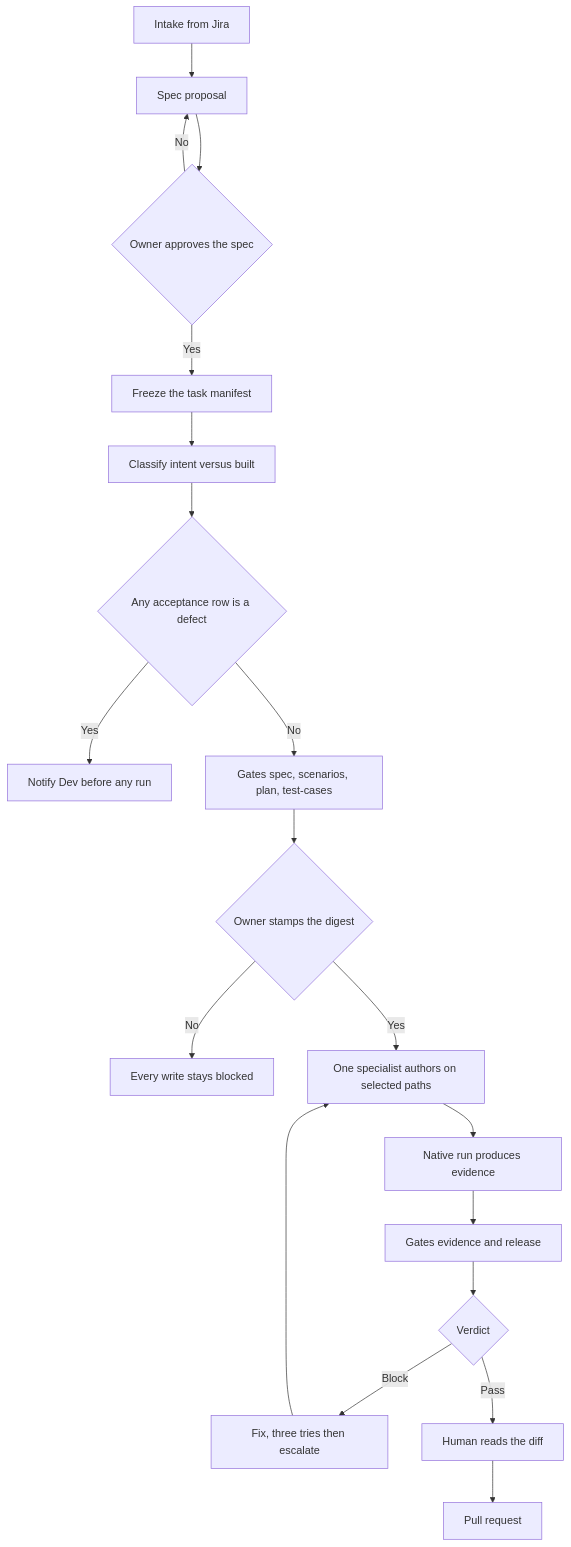
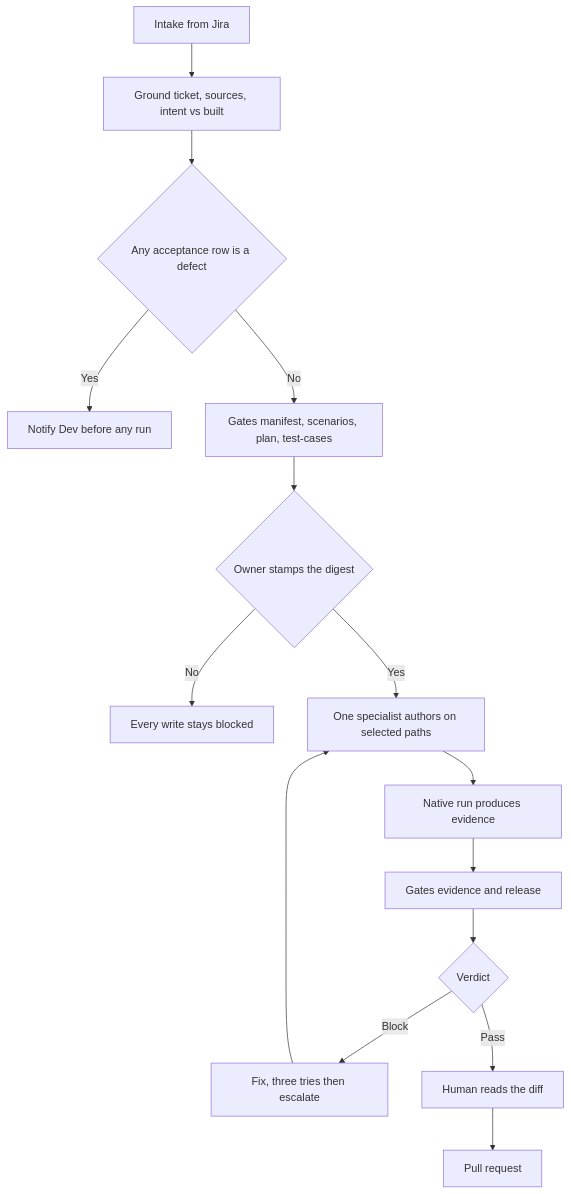
One commit to lfyagya/fhf-qa-harness-os changed the fourth of 6 diagrams in docs/framework/harness-engineering.md. Above: the diagram before and after it, drawn with Mermaid. The commit also changed other lines of this file and 24 other files, not shown here.

````diff
--- a/docs/framework/harness-engineering.md
+++ b/docs/framework/harness-engineering.md
@@ -252,21 +253,17 @@
 ```mermaid
 flowchart TD
-  A[Intake from Jira] --> B[Spec proposal]
-  B --> C{Owner approves the spec}
-  C -->|No| B
-  C -->|Yes| D[Freeze the task manifest]
-  D --> E[Classify intent versus built]
-  E --> F{Any acceptance row is a defect}
+  A[Intake from Jira] --> B[Ground ticket, sources, intent vs built]
+  B --> F{Any acceptance row is a defect}
   F -->|Yes| G[Notify Dev before any run]
-  F -->|No| H[Gates spec, scenarios, plan, test-cases]
+  F -->|No| H[Gates manifest, scenarios, plan, test-cases]
   H --> I{Owner stamps the digest}
   I -->|No| J[Every write stays blocked]
   I -->|Yes| K[One specialist authors on selected paths]
   K --> L[Native run produces evidence]
   L --> M[Gates evidence and release]
   M --> N{Verdict}
   N -->|Block| O[Fix, three tries then escalate]
   O --> K
   N -->|Pass| P[Human reads the diff]
   P --> Q[Pull request]
 ```
````
